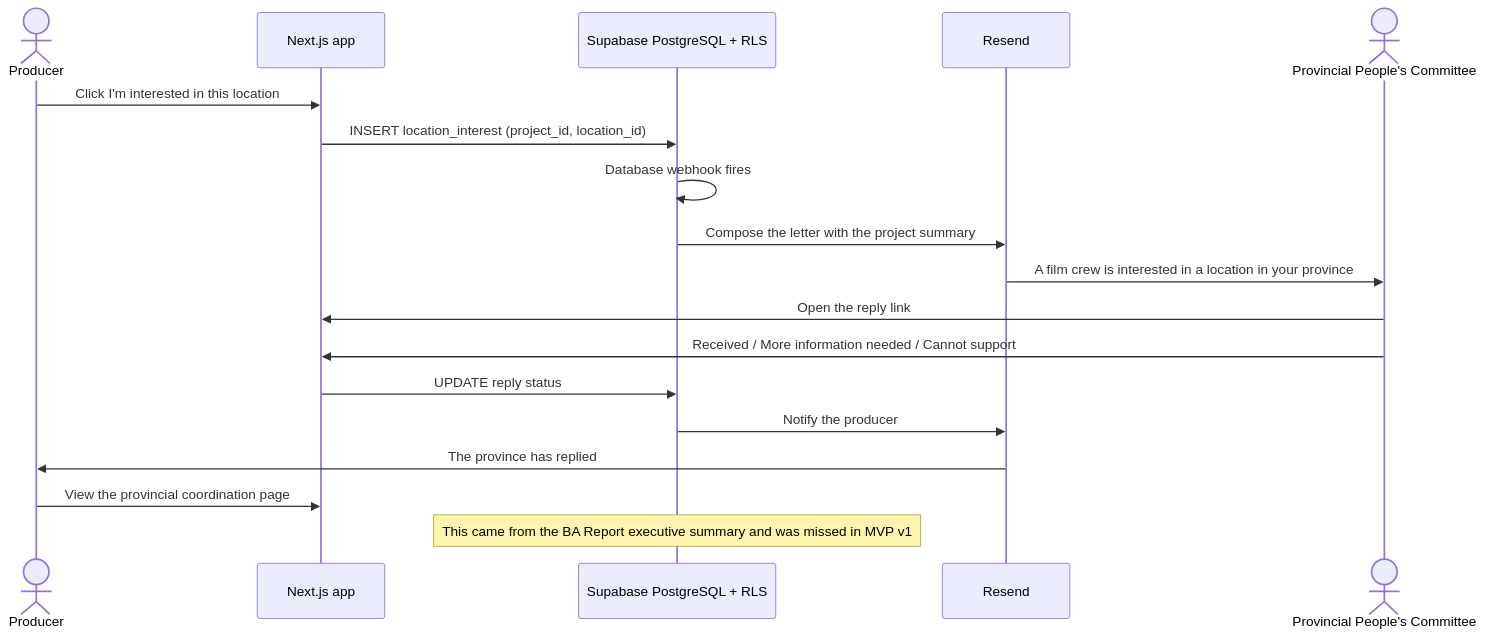
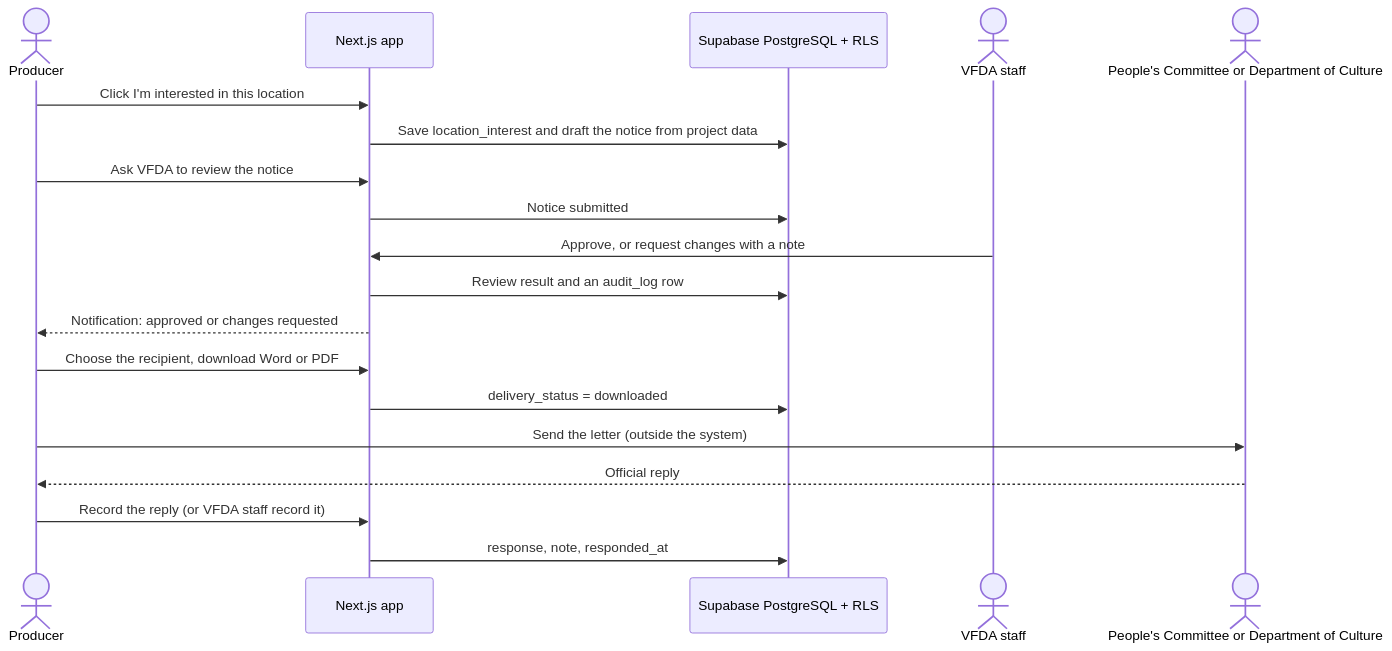
One commit to namnt2005/CINEMATCH-DBIZ3.TeamC changed the second of 2 diagrams in docs/spec/spec-M7.md. Above: the diagram before and after it, drawn with Mermaid. The commit also changed other lines of this file and 16 other files, not shown here.

````diff
--- a/docs/spec/spec-M7.md
+++ b/docs/spec/spec-M7.md
@@ -110,21 +110,22 @@
 ```mermaid
 sequenceDiagram
     actor U as Producer
     participant FE as Next.js app
     participant DB as Supabase PostgreSQL + RLS
-    participant MAIL as Resend
-    actor PV as Provincial People's Committee
+    actor ST as VFDA staff
+    actor PV as People's Committee or Department of Culture
 
     U->>FE: Click I'm interested in this location
-    FE->>DB: INSERT location_interest (project_id, location_id)
-    DB->>DB: Database webhook fires
-    DB->>MAIL: Compose the letter with the project summary
-    MAIL->>PV: A film crew is interested in a location in your province
-    PV->>FE: Open the reply link
-    PV->>FE: Received / More information needed / Cannot support
-    FE->>DB: UPDATE reply status
-    DB->>MAIL: Notify the producer
-    MAIL->>U: The province has replied
-    U->>FE: View the provincial coordination page
-    Note over DB: This came from the BA Report executive summary and was missed in MVP v1
+    FE->>DB: Save location_interest and draft the notice from project data
+    U->>FE: Ask VFDA to review the notice
+    FE->>DB: Notice submitted
+    ST->>FE: Approve, or request changes with a note
+    FE->>DB: Review result and an audit_log row
+    FE-->>U: Notification: approved or changes requested
+    U->>FE: Choose the recipient, download Word or PDF
+    FE->>DB: delivery_status = downloaded
+    U->>PV: Send the letter (outside the system)
+    PV-->>U: Official reply
+    U->>FE: Record the reply (or VFDA staff record it)
+    FE->>DB: response, note, responded_at
 ```
````
